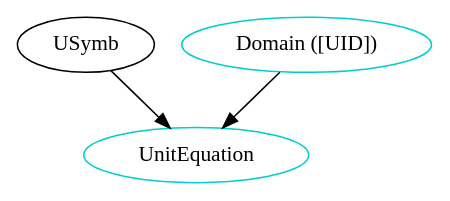
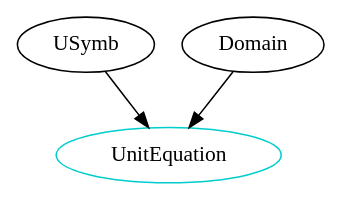
Before and after one commit to JacquesCarette/Drasil: the diagram in People/Anthony/Type_Dependency_Graphs/JoinedTypes/June_18_2021/UnitEquation.dot, drawn with Graphviz. The commit also changed 20 other files, not shown here.

```diff
--- a/People/Anthony/Type_Dependency_Graphs/JoinedTypes/June_18_2021/UnitEquation.dot
+++ b/People/Anthony/Type_Dependency_Graphs/JoinedTypes/June_18_2021/UnitEquation.dot
@@ -1,12 +1,12 @@
 digraph unitequation {
 	/* relationships between independent and dependent components */
 	USymb -> UnitEquation;
-    UnitEquationDomain -> UnitEquation;
+    Domain -> UnitEquation;
     
 	/* definitions for each type component */
 	UnitEquation 	    [shape=oval, color=cyan3, label="UnitEquation"];
-    UnitEquationDomain    [shape=oval, color=cyan3, label="Domain ([UID])"];
+    //UnitEquationDomain    [shape=oval, color=cyan3, label="Domain ([UID])"];
 
 }
 
 /* dot -Tpng sample.dot -o sample.png */
```
